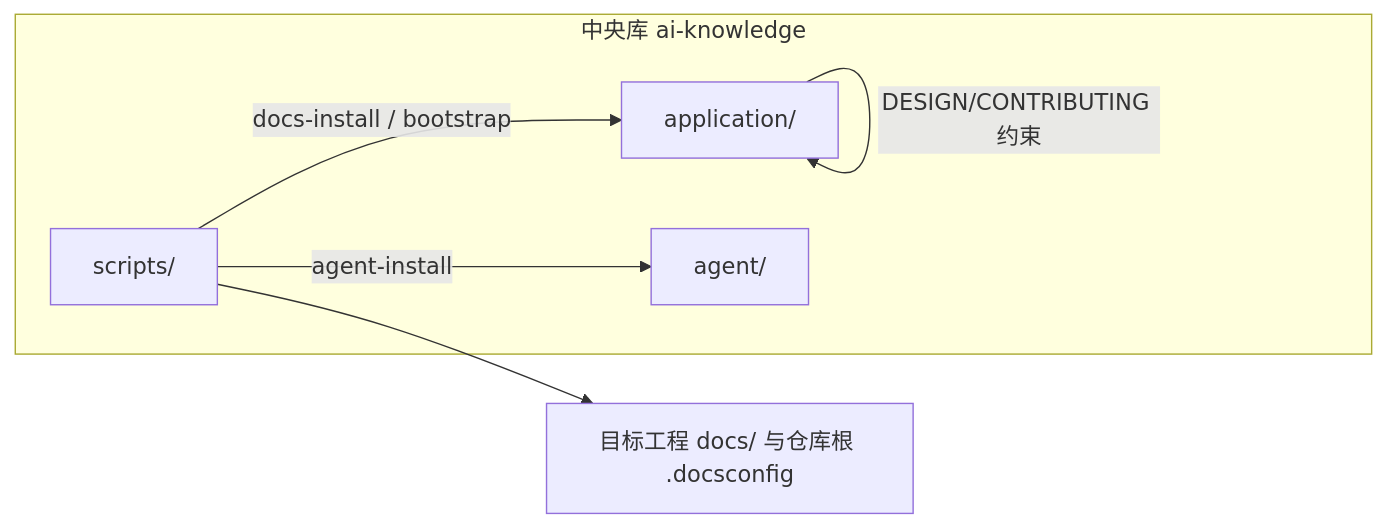
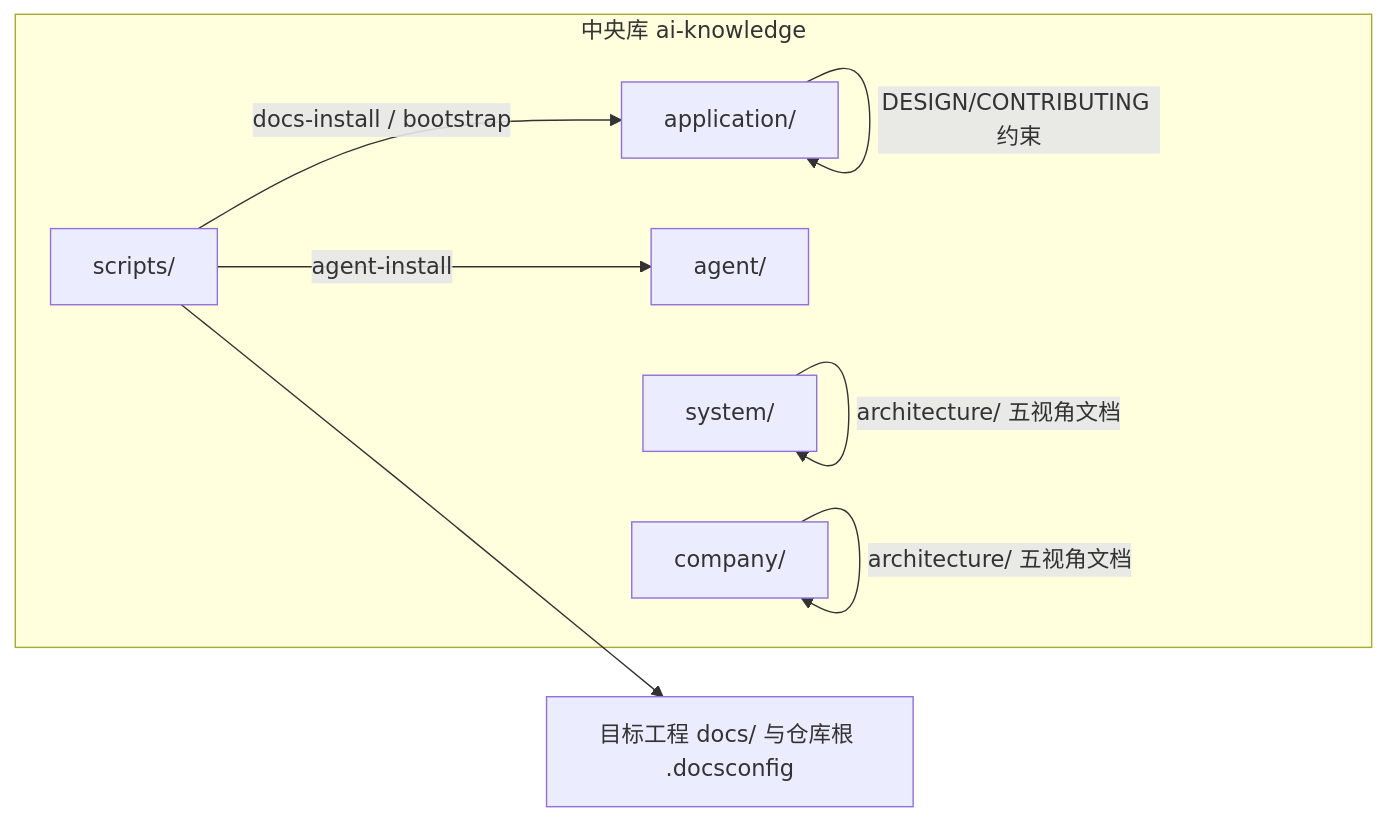
The first of 2 diagrams in INDEX_GUIDE.md (oleewen/ai-knowledge), drawn with Mermaid before and after one commit. The commit also changed other lines of this file and 2 other files, not shown here.

````diff
--- a/INDEX_GUIDE.md
+++ b/INDEX_GUIDE.md
@@ -51,13 +52,17 @@
 ```mermaid
 flowchart LR
   subgraph central["中央库 ai-knowledge"]
     app["application/"]
     ag["agent/"]
     sc["scripts/"]
+    sys["system/"]
+    co["company/"]
   end
   tgt["目标工程 docs/ 与仓库根 .docsconfig"]
   sc -->|"docs-install / bootstrap"| app
   sc -->|"agent-install"| ag
   sc --> tgt
   app -->|"DESIGN/CONTRIBUTING 约束"| app
+  sys -->|"architecture/ 五视角文档"| sys
+  co -->|"architecture/ 五视角文档"| co
 ```
````
